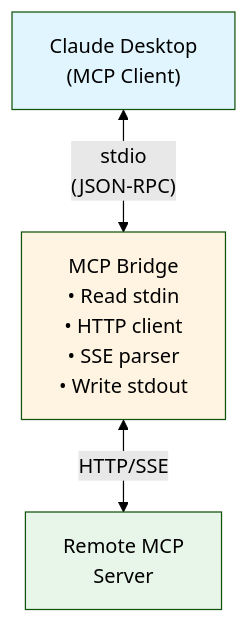
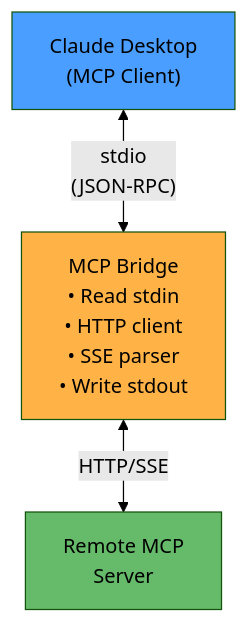
The second of 2 diagrams in README.md (geosp/mcp_bridge), drawn with Mermaid (forest theme) before and after one commit.

````diff
--- a/README.md
+++ b/README.md
@@ -236,13 +236,13 @@
 ```mermaid
 flowchart TD
     A["Claude Desktop<br/>(MCP Client)"]
     B["MCP Bridge<br/>• Read stdin<br/>• HTTP client<br/>• SSE parser<br/>• Write stdout"]
     C["Remote MCP<br/>Server"]
 
     A <-->|"stdio<br/>(JSON-RPC)"| B
     B <-->|HTTP/SSE| C
 
-    style A fill:#e1f5ff
-    style B fill:#fff4e1
-    style C fill:#e8f5e9
+    style A fill:#4a9eff,color:#000
+    style B fill:#ffb347,color:#000
+    style C fill:#66bb6a,color:#000
 ```
````
